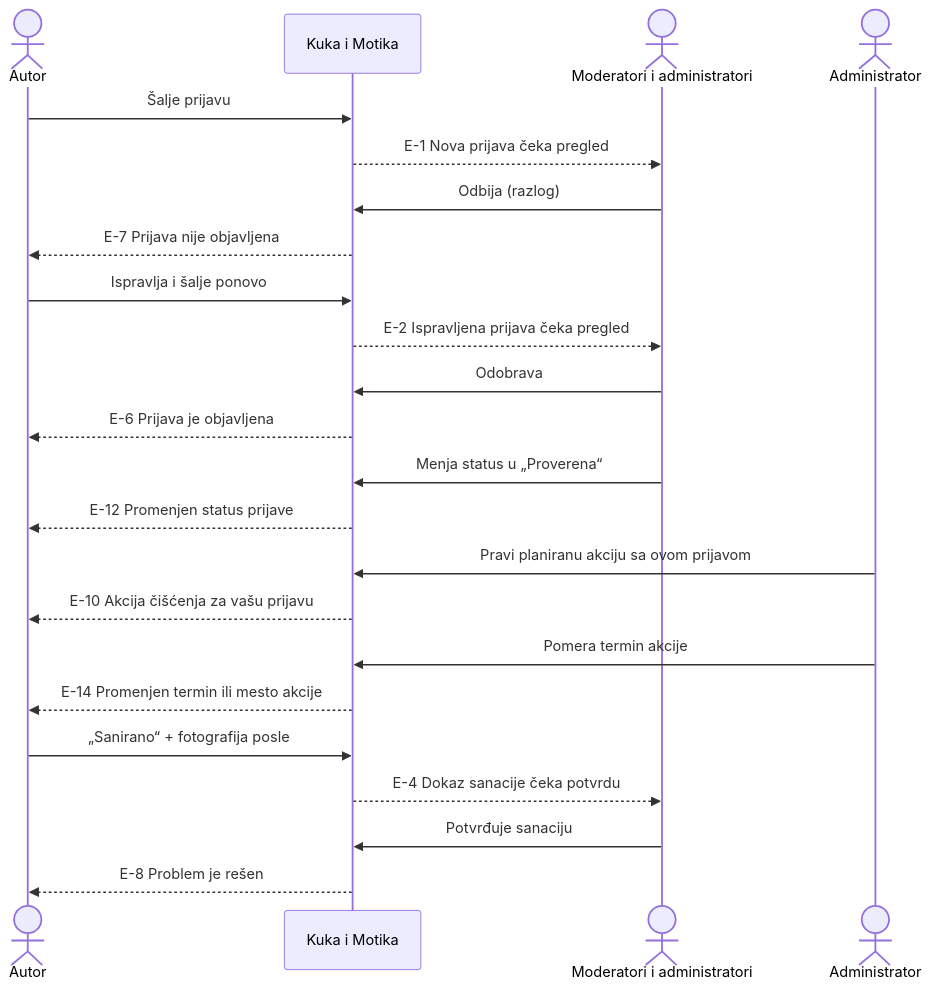
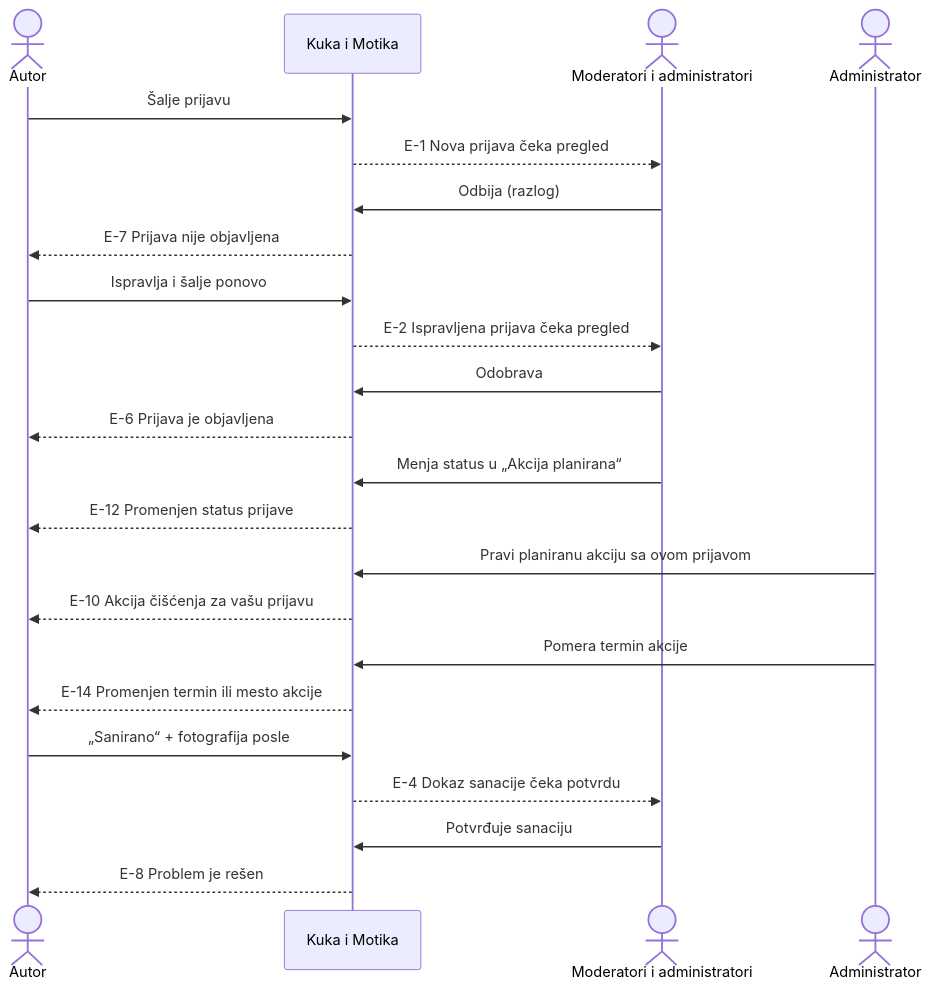
Before and after one commit to ocistimo-novi-sad/ocistimo-novi-sad.github.io: the third of 3 diagrams in docs/use-cases.md, drawn with Mermaid. The commit also changed other lines of this file and 7 other files, not shown here.

````diff
--- a/docs/use-cases.md
+++ b/docs/use-cases.md
@@ -546,26 +545,26 @@
 ```mermaid
 sequenceDiagram
     actor A as Autor
     participant App as Kuka i Motika
     actor M as Moderatori i administratori
     actor Adm as Administrator
 
     A->>App: Šalje prijavu
     App-->>M: E-1 Nova prijava čeka pregled
     M->>App: Odbija (razlog)
     App-->>A: E-7 Prijava nije objavljena
     A->>App: Ispravlja i šalje ponovo
     App-->>M: E-2 Ispravljena prijava čeka pregled
     M->>App: Odobrava
     App-->>A: E-6 Prijava je objavljena
-    M->>App: Menja status u „Proverena“
+    M->>App: Menja status u „Akcija planirana“
     App-->>A: E-12 Promenjen status prijave
     Adm->>App: Pravi planiranu akciju sa ovom prijavom
     App-->>A: E-10 Akcija čišćenja za vašu prijavu
     Adm->>App: Pomera termin akcije
     App-->>A: E-14 Promenjen termin ili mesto akcije
     A->>App: „Sanirano“ + fotografija posle
     App-->>M: E-4 Dokaz sanacije čeka potvrdu
     M->>App: Potvrđuje sanaciju
     App-->>A: E-8 Problem je rešen
 ```
````
